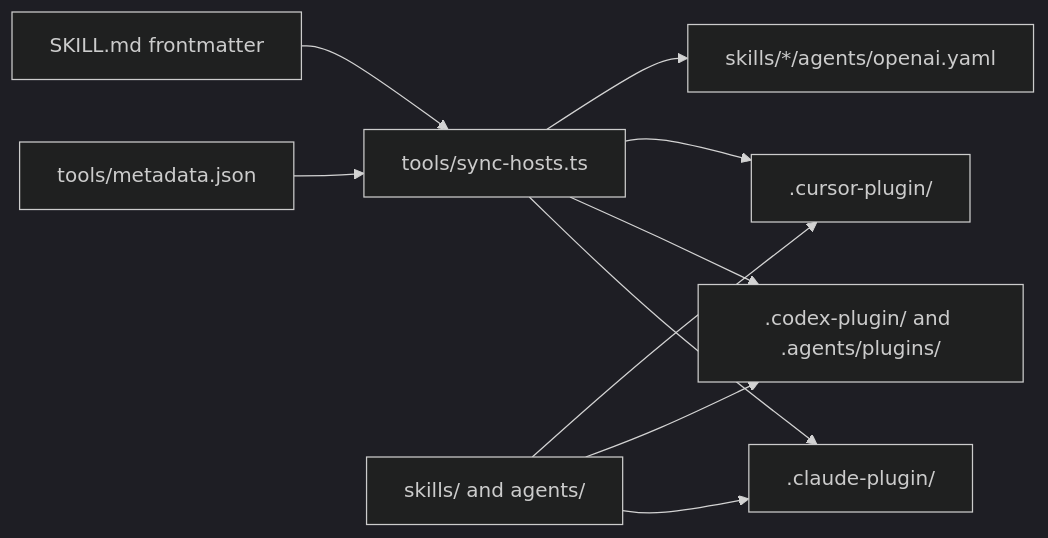
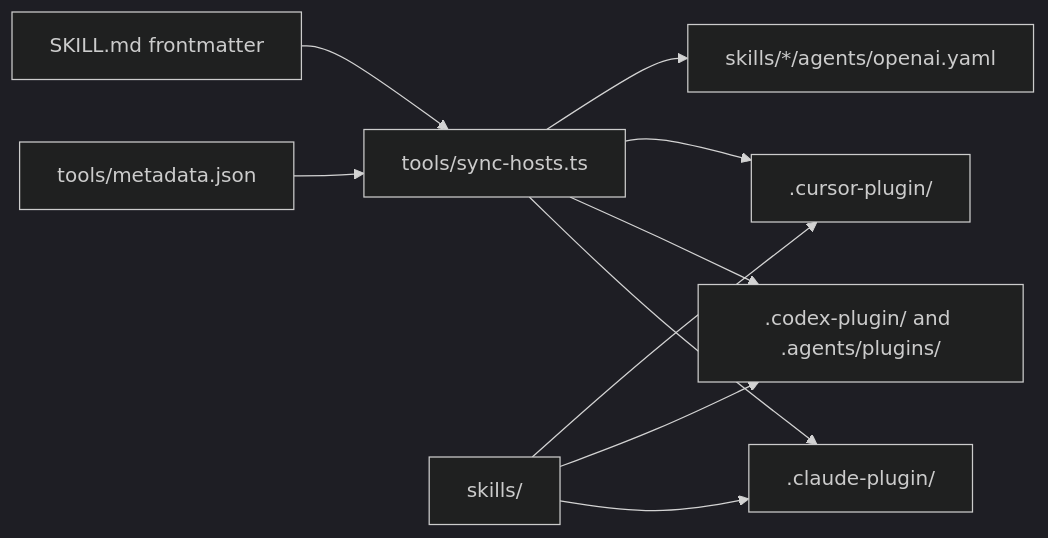
One commit to Camgineer/cstack changed the diagram in README.md. Above: the diagram before and after it, drawn with Mermaid (dark theme). The commit also changed other lines of this file and 179 other files, not shown here.

````diff
--- a/README.md
+++ b/README.md
@@ -169,10 +62,10 @@
 ```mermaid
 flowchart LR
   meta[tools/metadata.json] --> sync[tools/sync-hosts.ts]
   fm[SKILL.md frontmatter] --> sync
   sync --> cc[.claude-plugin/]
   sync --> cx[.codex-plugin/ and .agents/plugins/]
   sync --> cu[.cursor-plugin/]
   sync --> oy[skills/*/agents/openai.yaml]
-  core[skills/ and agents/] --> cc & cx & cu
+  core[skills/] --> cc & cx & cu
 ```
````
